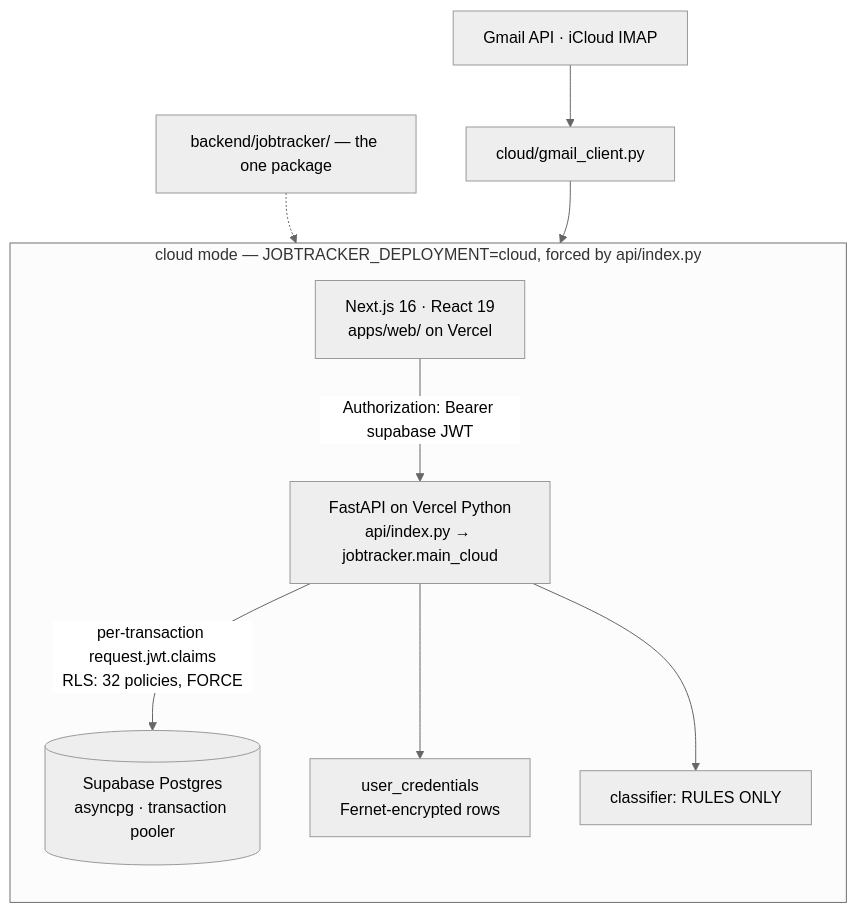
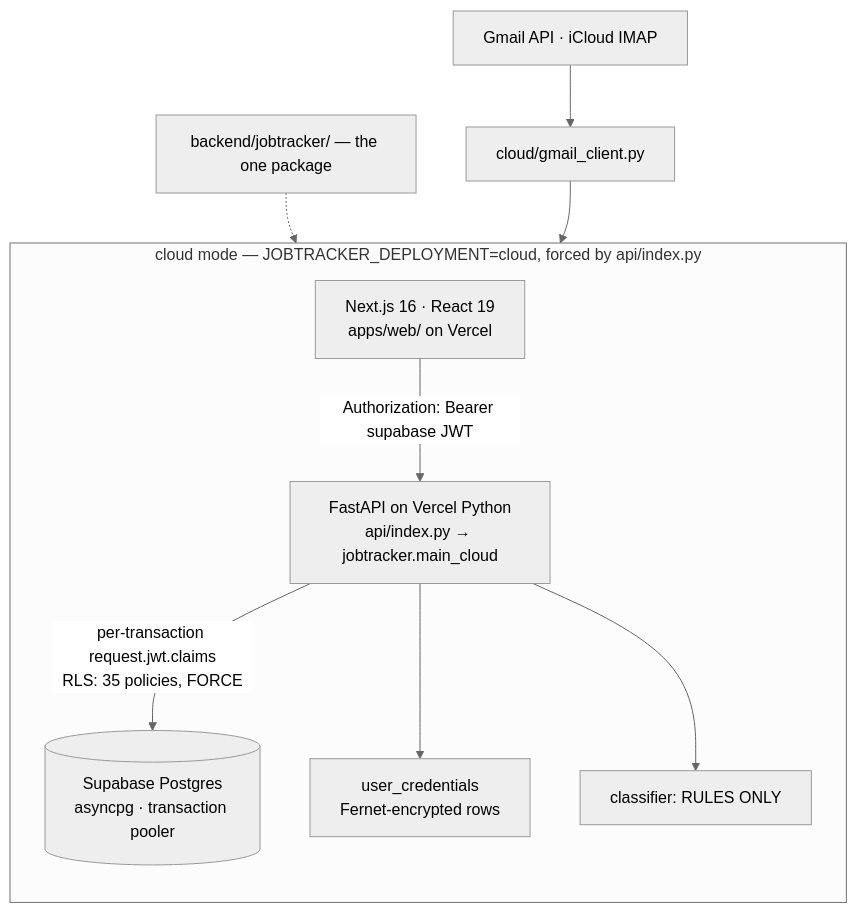
One commit to BARC1999/applied-ai changed the second of 3 diagrams in README.md. Above: the diagram before and after it, drawn with Mermaid (neutral theme). The commit also changed other lines of this file and 9 other files, not shown here.

````diff
--- a/README.md
+++ b/README.md
@@ -117,21 +117,21 @@
 ```mermaid
 flowchart TB
     subgraph Cloud["cloud mode — JOBTRACKER_DEPLOYMENT=cloud, forced by api/index.py"]
         direction TB
         Web["Next.js 16 · React 19<br/>apps/web/ on Vercel"]
         Fn["FastAPI on Vercel Python<br/>api/index.py → jobtracker.main_cloud"]
         PG[("Supabase Postgres<br/>asyncpg · transaction pooler")]
         Fernet["user_credentials<br/>Fernet-encrypted rows"]
         Rules["classifier: RULES ONLY"]
         Web -->|"Authorization: Bearer supabase JWT"| Fn
-        Fn -->|"per-transaction request.jwt.claims<br/>RLS: 32 policies, FORCE"| PG
+        Fn -->|"per-transaction request.jwt.claims<br/>RLS: 35 policies, FORCE"| PG
         Fn --> Fernet
         Fn --> Rules
     end
 
     Pkg["backend/jobtracker/ — the one package"]
     Pkg -.-> Fn
 
     Mail["Gmail API · iCloud IMAP"] --> Mailfetch["cloud/gmail_client.py"]
     Mailfetch --> Fn
 ```
````
